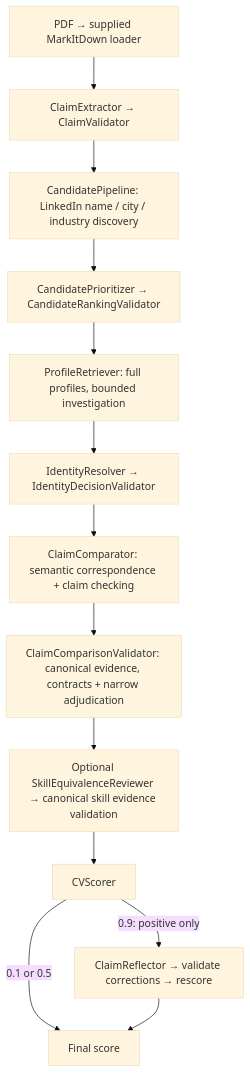
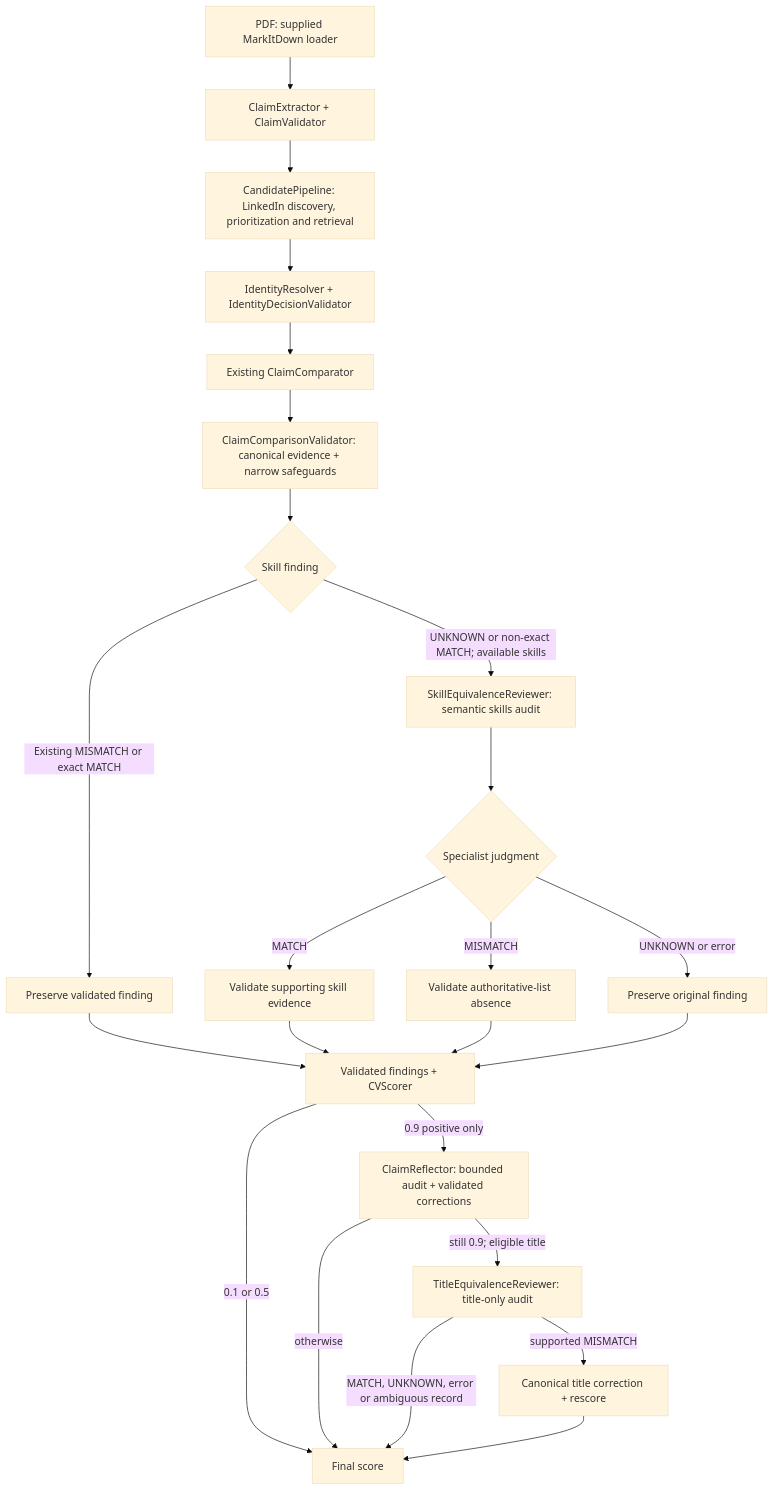
The diagram in README.md (alistairkung/FTEC5660-HW2), drawn with Mermaid (base theme) before and after one commit. The commit also changed other lines of this file, not shown here.

Commit message:
docs: reconcile final specialist architecture with merged skill results

````diff
--- a/README.md
+++ b/README.md
@@ -97,15 +97,26 @@
 ```mermaid
 flowchart TD
-    PDF["PDF → supplied MarkItDown loader"] --> EX["ClaimExtractor → ClaimValidator"]
-    EX --> DISC["CandidatePipeline: LinkedIn name / city / industry discovery"]
-    DISC --> RANK["CandidatePrioritizer → CandidateRankingValidator"]
-    RANK --> RET["ProfileRetriever: full profiles, bounded investigation"]
-    RET --> ID["IdentityResolver → IdentityDecisionValidator"]
-    ID --> CMP["ClaimComparator: semantic correspondence + claim checking"]
-    CMP --> VAL["ClaimComparisonValidator: canonical evidence, contracts + narrow adjudication"]
-    VAL --> SKILL["Optional SkillEquivalenceReviewer → canonical skill evidence validation"]
-    SKILL --> SCORE["CVScorer"]
-    SCORE -->|"0.9: positive only"| REF["ClaimReflector → validate corrections → rescore"]
-    SCORE -->|"0.1 or 0.5"| OUT["Final score"]
-    REF --> OUT
+    PDF["PDF: supplied MarkItDown loader"] --> EX["ClaimExtractor + ClaimValidator"]
+    EX --> DISC["CandidatePipeline: LinkedIn discovery, prioritization and retrieval"]
+    DISC --> ID["IdentityResolver + IdentityDecisionValidator"]
+    ID --> CMP["Existing ClaimComparator"]
+    CMP --> VAL["ClaimComparisonValidator: canonical evidence + narrow safeguards"]
+    VAL --> SKILLS{"Skill finding"}
+    SKILLS -->|"Existing MISMATCH or exact MATCH"| KEEP["Preserve validated finding"]
+    SKILLS -->|"UNKNOWN or non-exact MATCH; available skills"| SR["SkillEquivalenceReviewer: semantic skills audit"]
+    SR --> JUDGE{"Specialist judgment"}
+    JUDGE -->|"MATCH"| SUP["Validate supporting skill evidence"]
+    JUDGE -->|"MISMATCH"| ABS["Validate authoritative-list absence"]
+    JUDGE -->|"UNKNOWN or error"| BASE["Preserve original finding"]
+    KEEP --> RESCORE["Validated findings + CVScorer"]
+    SUP --> RESCORE
+    ABS --> RESCORE
+    BASE --> RESCORE
+    RESCORE -->|"0.9 positive only"| REF["ClaimReflector: bounded audit + validated corrections"]
+    RESCORE -->|"0.1 or 0.5"| OUT["Final score"]
+    REF -->|"still 0.9; eligible title"| TITLE["TitleEquivalenceReviewer: title-only audit"]
+    REF -->|"otherwise"| OUT
+    TITLE -->|"supported MISMATCH"| TVAL["Canonical title correction + rescore"]
+    TITLE -->|"MATCH, UNKNOWN, error or ambiguous record"| OUT
+    TVAL --> OUT
 ```
````
